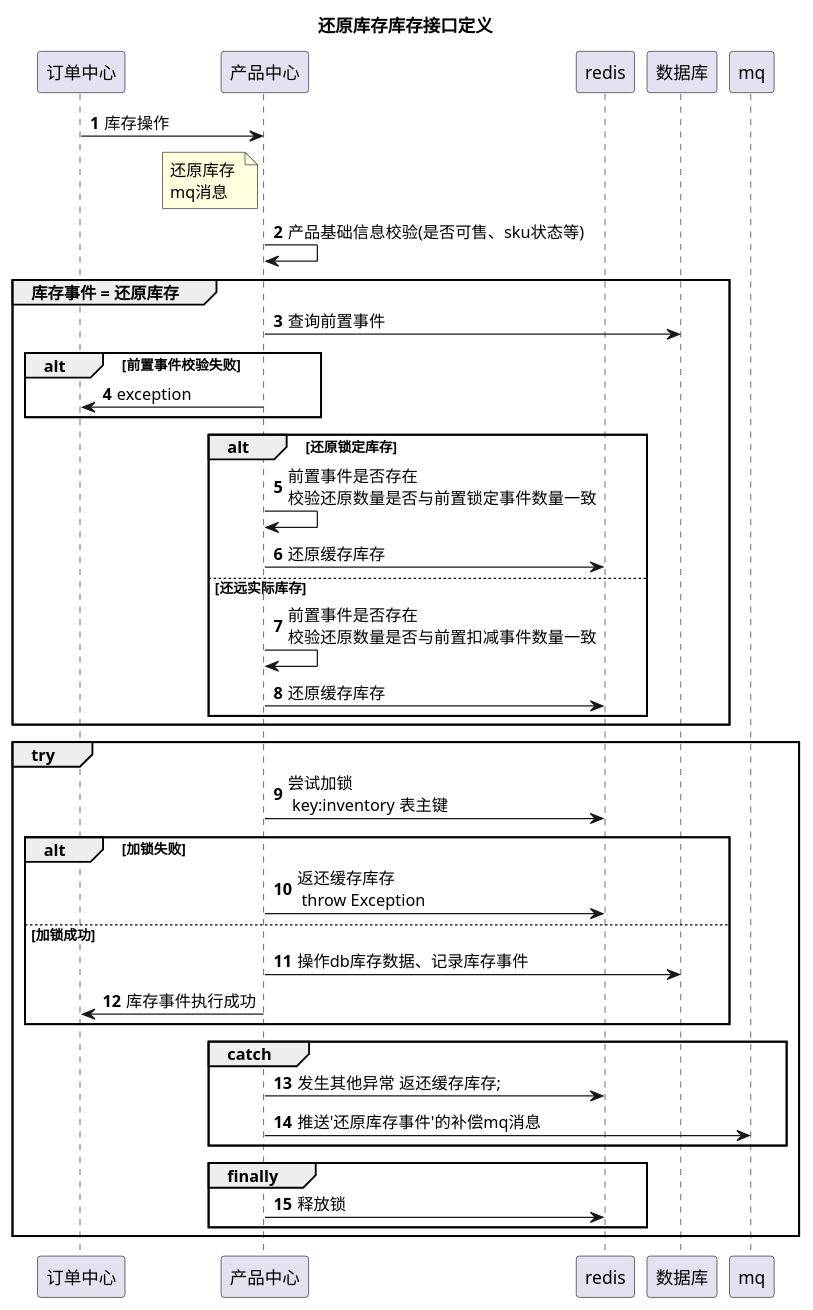
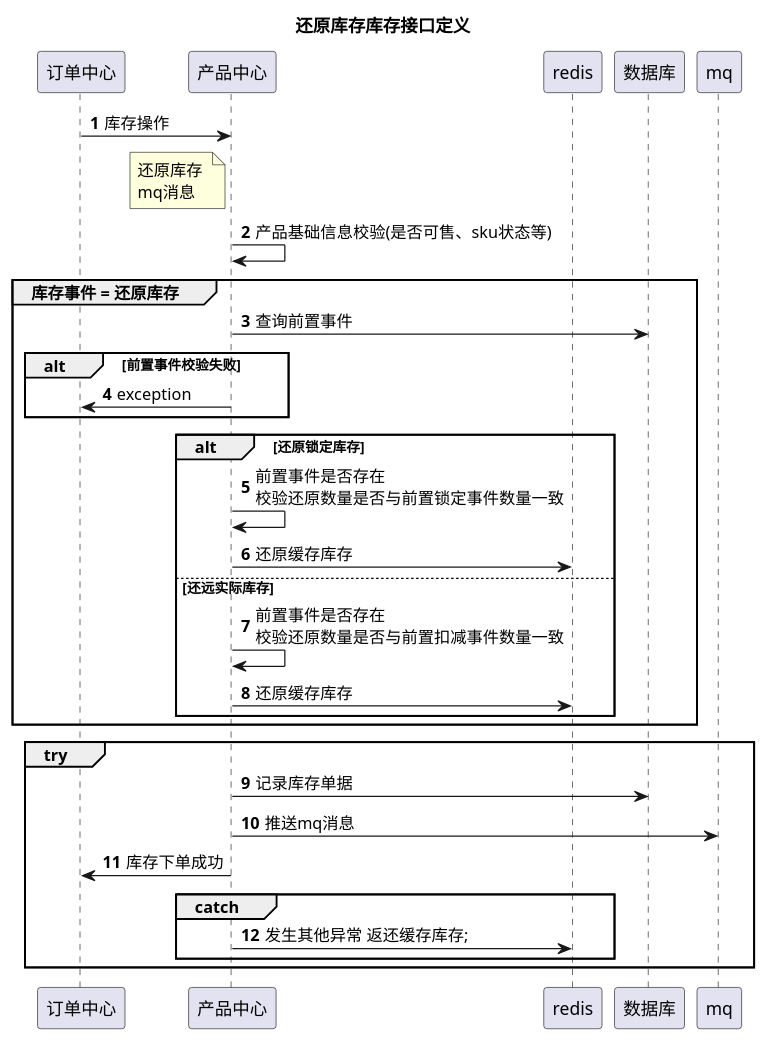
The diagram in src/main/resources/plantuml/nh/inventory/rollback_inventroy.puml (learnxin/testdemo), drawn with PlantUML before and after one commit. The commit also changed 4 other files, not shown here.

Commit message:
库存优化时序图

```diff
--- a/src/main/resources/plantuml/nh/inventory/rollback_inventroy.puml
+++ b/src/main/resources/plantuml/nh/inventory/rollback_inventroy.puml
@@ -1,49 +1,58 @@
 @startuml
 title 还原库存库存接口定义
 
 autonumber
 participant "订单中心" as vc
 participant "产品中心" as cpm
 participant "redis" as redis
 participant "数据库" as db
 
 vc -> cpm: 库存操作
 note left of cpm:还原库存 \nmq消息
 
 
 cpm -> cpm: 产品基础信息校验(是否可售、sku状态等)
 group 库存事件 = 还原库存
     cpm -> db : 查询前置事件
     alt 前置事件校验失败
     cpm -> vc : exception
     end
     alt 还原锁定库存
         cpm -> cpm : 前置事件是否存在\n校验还原数量是否与前置锁定事件数量一致
         cpm -> redis: 还原缓存库存
     else 还远实际库存
         cpm -> cpm : 前置事件是否存在\n校验还原数量是否与前置扣减事件数量一致
         cpm -> redis: 还原缓存库存
     end
 end
 
+'group try
+''cpm->cpm:// 尝试加锁\nboolean isLocked = lock.tryLock(500, 1000, TimeUnit.MILLISECONDS);\n//    加锁失败 返还名额 throw ex\n        if (!isLocked) {\n                         cacheManager.atomicGetAndAdd(key, -num);\n                         throw new VcRpcException(CommonResponseCode.LockFailure);\n                     }        \n                     // 更新课程剩余名额\n                     trainDo.setScale(scale);\n                     trainService.updateTrain(trainDo, clientInfo);
+'    cpm->redis:尝试加锁 \n key:inventory 表主键
+'    alt 加锁失败
+'    cpm -> redis:返还缓存库存 \n throw Exception
+'    else 加锁成功
+'    cpm -> db :操作db库存数据、记录库存事件
+'    cpm -> vc :库存事件执行成功
+'    end
+'    group catch
+'        cpm -> redis: 发生其他异常 返还缓存库存;
+'        cpm -> mq : 推送'还原库存事件'的补偿mq消息
+'    end
+'
+'    group finally
+'        cpm -> redis: 释放锁
+'
+'    end
+'end
 group try
-'cpm->cpm:// 尝试加锁\nboolean isLocked = lock.tryLock(500, 1000, TimeUnit.MILLISECONDS);\n//    加锁失败 返还名额 throw ex\n        if (!isLocked) {\n                         cacheManager.atomicGetAndAdd(key, -num);\n                         throw new VcRpcException(CommonResponseCode.LockFailure);\n                     }        \n                     // 更新课程剩余名额\n                     trainDo.setScale(scale);\n                     trainService.updateTrain(trainDo, clientInfo);
-    cpm->redis:尝试加锁 \n key:inventory 表主键
-    alt 加锁失败
-    cpm -> redis:返还缓存库存 \n throw Exception
-    else 加锁成功
-    cpm -> db :操作db库存数据、记录库存事件
-    cpm -> vc :库存事件执行成功
-    end
+cpm->db :记录库存单据
+cpm->mq:推送mq消息
+cpm->vc:库存下单成功
     group catch
-        cpm -> redis: 发生其他异常 返还缓存库存;
-        cpm -> mq : 推送'还原库存事件'的补偿mq消息
-    end
-
-    group finally
-        cpm -> redis: 释放锁
+    cpm -> redis: 发生其他异常 返还缓存库存;
 
     end
 end
 
 @enduml
```
